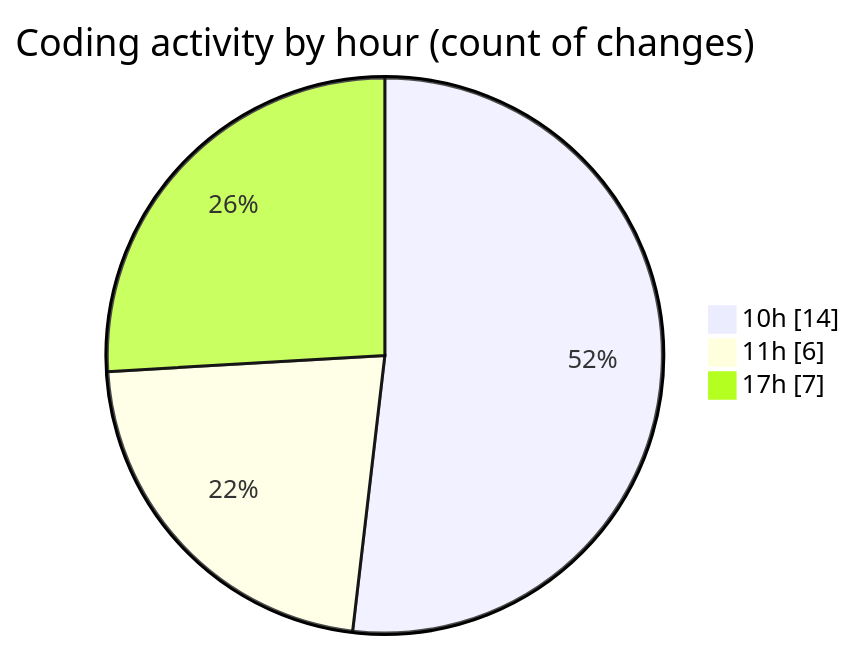
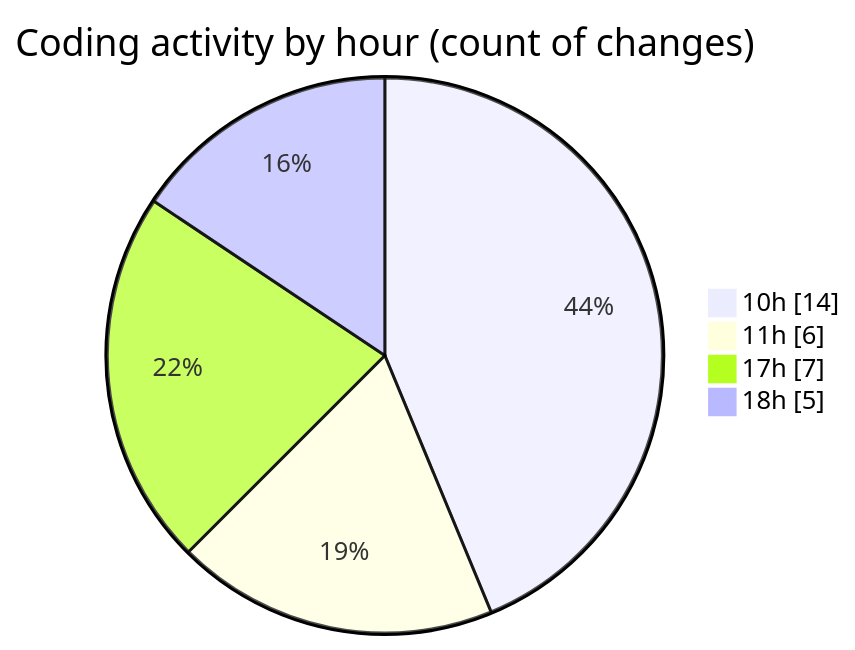
One commit to nxtqubesakshisongat/code-tracking changed the second of 2 diagrams in 2026-05-03/nxtqube_webapp/README.md. Above: the diagram before and after it, drawn with Mermaid. The commit also changed other lines of this file and 1 other file, not shown here.

````diff
--- a/2026-05-03/nxtqube_webapp/README.md
+++ b/2026-05-03/nxtqube_webapp/README.md
@@ -33,7 +34,8 @@
 ```mermaid
 pie showData
 title Coding activity by hour (count of changes)
 "10h" : 14
 "11h" : 6
 "17h" : 7
+"18h" : 5
 ```
````
